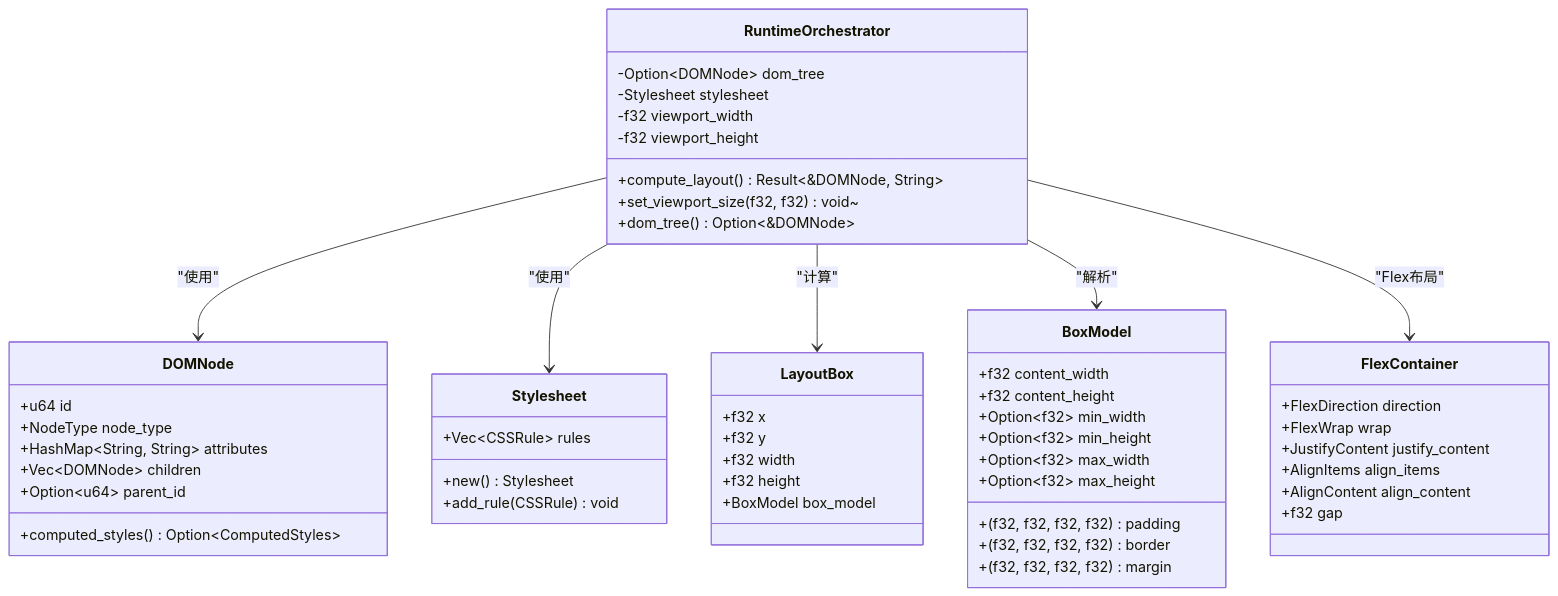
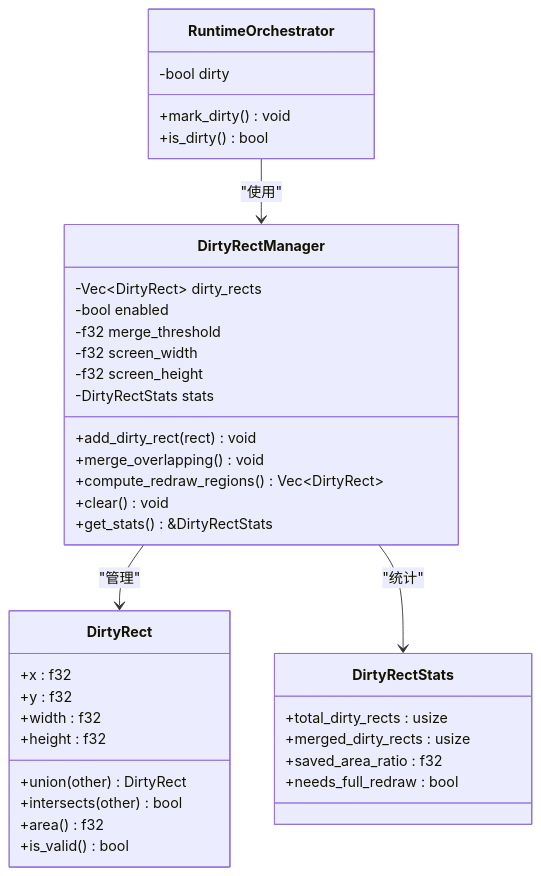
Diagram 12 of 14 in .qoder/repowiki/zh/content/技术架构详解/整体架构设计/Iris运行时协调器.md (itszzl-sudo/iris), drawn with Mermaid before and after one commit. The commit also changed other lines of this file and 6 other files, not shown here.

````diff
--- a/.qoder/repowiki/zh/content/技术架构详解/整体架构设计/Iris运行时协调器.md
+++ b/.qoder/repowiki/zh/content/技术架构详解/整体架构设计/Iris运行时协调器.md
@@ -600,56 +827,40 @@
 ```mermaid
 classDiagram
 class RuntimeOrchestrator {
--Option~DOMNode~ dom_tree
--Stylesheet stylesheet
--f32 viewport_width
--f32 viewport_height
-+compute_layout() Result~&DOMNode, String~
-+set_viewport_size(f32, f32) void~
-+dom_tree() Option~&DOMNode~
+-bool dirty
++mark_dirty() void
++is_dirty() bool
 }
-class DOMNode {
-+u64 id
-+NodeType node_type
-+HashMap~String, String~ attributes
-+Vec~DOMNode~ children
-+Option~u64~ parent_id
-+computed_styles() Option~ComputedStyles~
+class DirtyRectManager {
+-Vec~DirtyRect~ dirty_rects
+-bool enabled
+-f32 merge_threshold
+-f32 screen_width
+-f32 screen_height
+-DirtyRectStats stats
++add_dirty_rect(rect) void
++merge_overlapping() void
++compute_redraw_regions() Vec~DirtyRect~
++clear() void
++get_stats() &DirtyRectStats
 }
-class Stylesheet {
-+Vec~CSSRule~ rules
-+new() Stylesheet
-+add_rule(CSSRule) void
+class DirtyRect {
++x : f32
++y : f32
++width : f32
++height : f32
++union(other) DirtyRect
++intersects(other) bool
++area() f32
++is_valid() bool
 }
-class LayoutBox {
-+f32 x
-+f32 y
-+f32 width
-+f32 height
-+BoxModel box_model
+class DirtyRectStats {
++total_dirty_rects : usize
++merged_dirty_rects : usize
++saved_area_ratio : f32
++needs_full_redraw : bool
 }
-class BoxModel {
-+f32 content_width
-+f32 content_height
-+(f32, f32, f32, f32) padding
-+(f32, f32, f32, f32) border
-+(f32, f32, f32, f32) margin
-+Option~f32~ min_width
-+Option~f32~ min_height
-+Option~f32~ max_width
-+Option~f32~ max_height
-}
-class FlexContainer {
-+FlexDirection direction
-+FlexWrap wrap
-+JustifyContent justify_content
-+AlignItems align_items
-+AlignContent align_content
-+f32 gap
-}
-RuntimeOrchestrator --> DOMNode : "使用"
-RuntimeOrchestrator --> Stylesheet : "使用"
-RuntimeOrchestrator --> LayoutBox : "计算"
-RuntimeOrchestrator --> BoxModel : "解析"
-RuntimeOrchestrator --> FlexContainer : "Flex布局"
+RuntimeOrchestrator --> DirtyRectManager : "使用"
+DirtyRectManager --> DirtyRect : "管理"
+DirtyRectManager --> DirtyRectStats : "统计"
 ```
````
